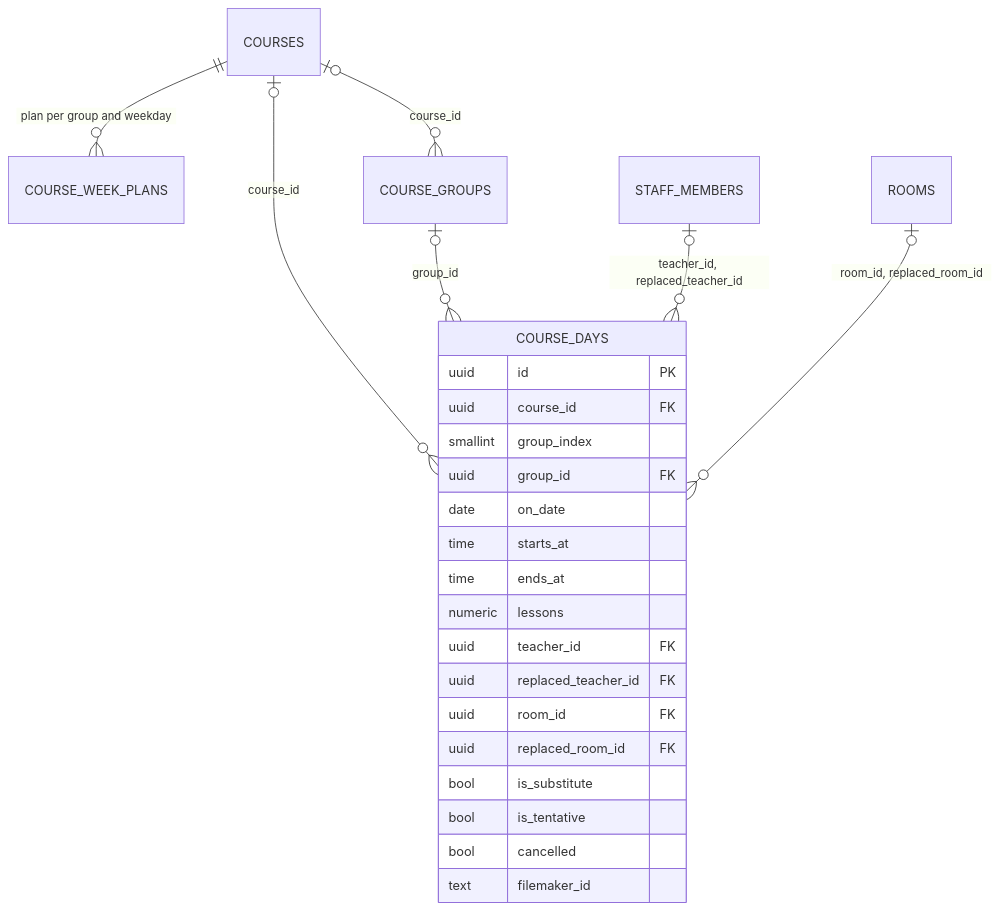
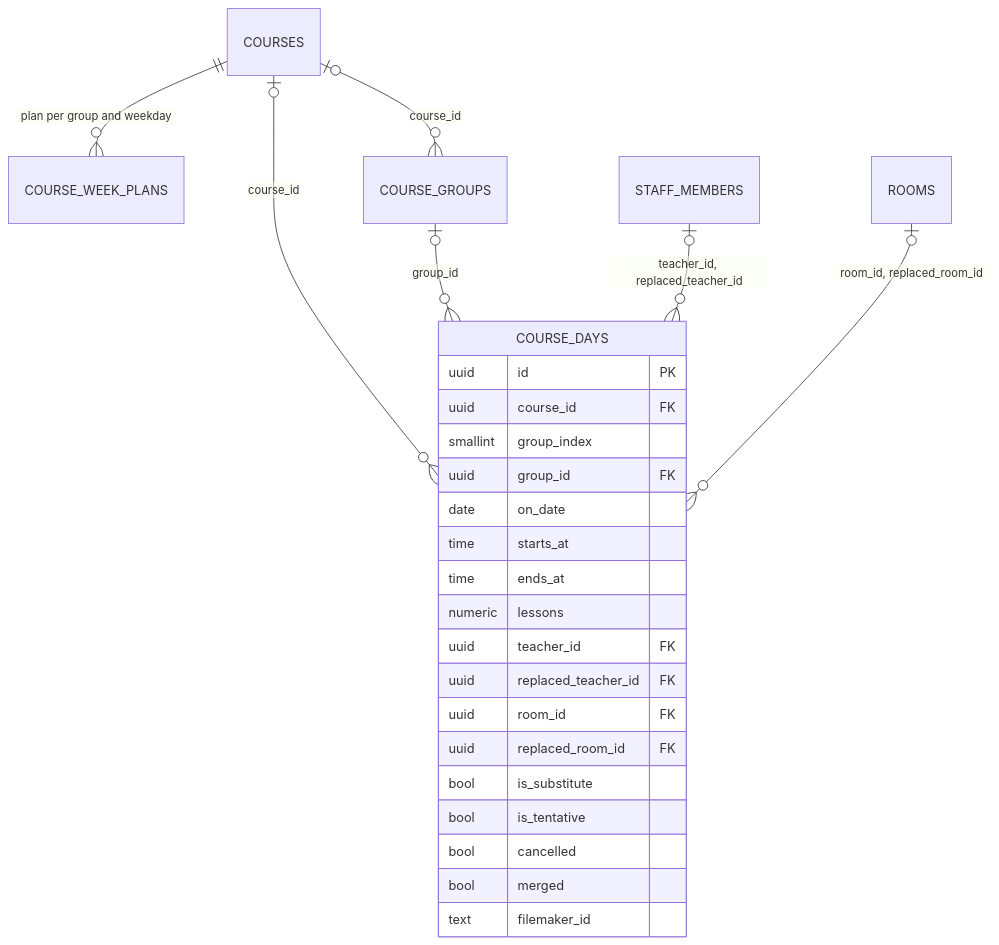
The seventh of 7 diagrams in docs/ERD.md (CASA-School/casa-website), drawn with Mermaid before and after one commit. The commit also changed other lines of this file and 14 other files, not shown here.

````diff
--- a/docs/ERD.md
+++ b/docs/ERD.md
@@ -500,28 +500,29 @@
 ```mermaid
 erDiagram
   COURSES ||--o{ COURSE_WEEK_PLANS : "plan per group and weekday"
   COURSES o|--o{ COURSE_DAYS : course_id
   COURSES o|--o{ COURSE_GROUPS : course_id
   COURSE_GROUPS o|--o{ COURSE_DAYS : group_id
   STAFF_MEMBERS o|--o{ COURSE_DAYS : "teacher_id, replaced_teacher_id"
   ROOMS o|--o{ COURSE_DAYS : "room_id, replaced_room_id"
 
   COURSE_DAYS {
     uuid id PK
     uuid course_id FK
     smallint group_index
     uuid group_id FK
     date on_date
     time starts_at
     time ends_at
     numeric lessons
     uuid teacher_id FK
     uuid replaced_teacher_id FK
     uuid room_id FK
     uuid replaced_room_id FK
     bool is_substitute
     bool is_tentative
     bool cancelled
+    bool merged
     text filemaker_id
   }
 ```
````
